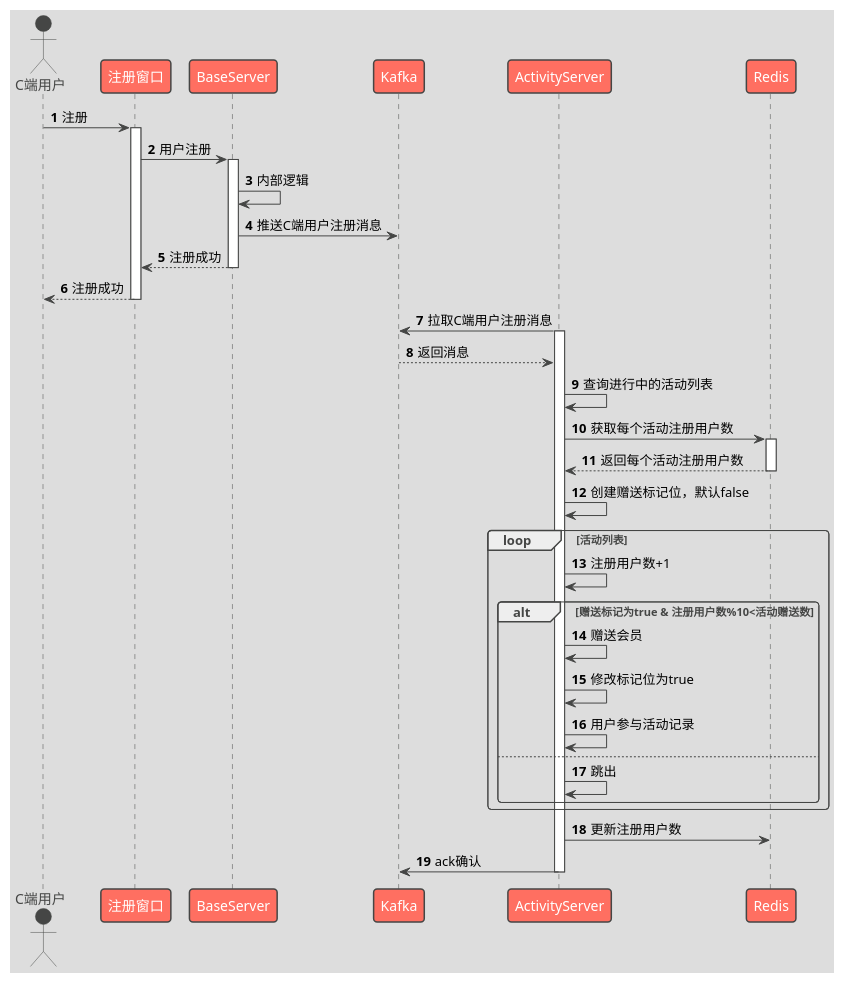
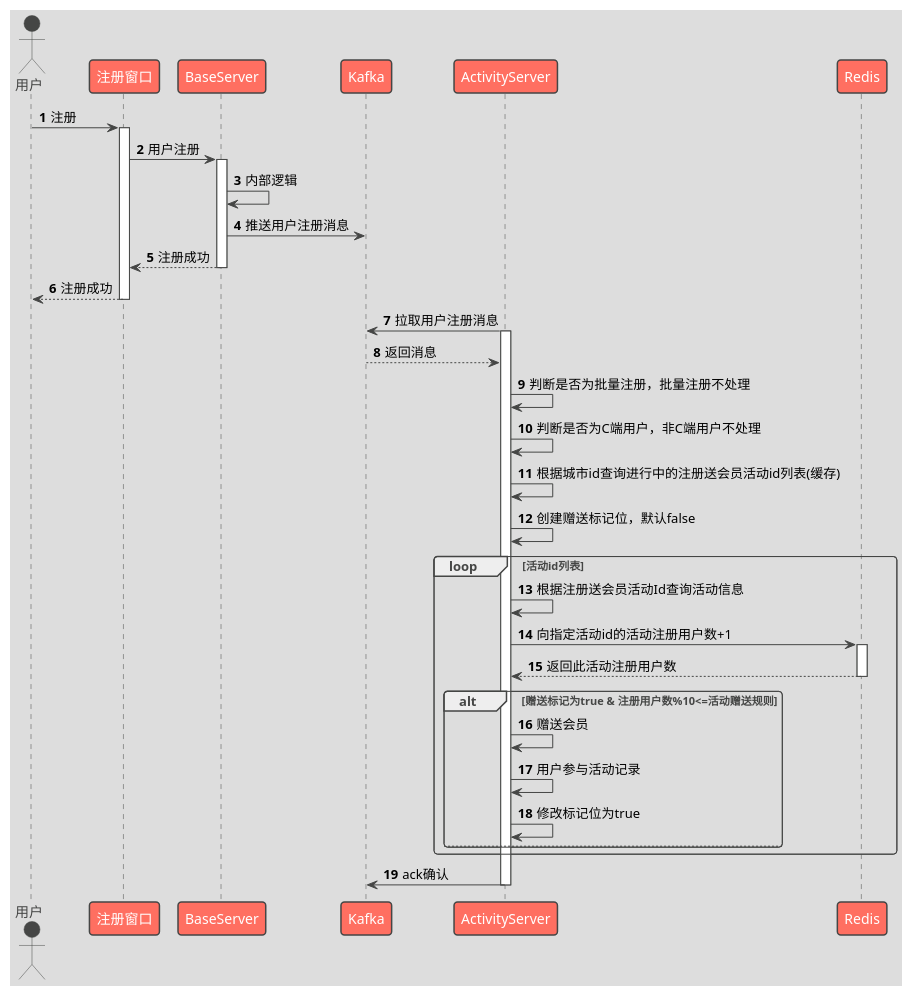
One commit to Awesome-GJK/LearningCodes changed the diagram in demo_lean/src/main/resources/sequence/RegisterToSendMembers.puml. Above: the diagram before and after it, drawn with PlantUML. The commit also changed 3 other files, not shown here.

Commit message:
图

```diff
--- a/demo_lean/src/main/resources/sequence/RegisterToSendMembers.puml
+++ b/demo_lean/src/main/resources/sequence/RegisterToSendMembers.puml
@@ -1,43 +1,41 @@
 @startuml
 !theme toy
 'https://plantuml.com/sequence-diagram
 
 autonumber
-actor C端用户
-C端用户 -> 注册窗口 : 注册
+actor 用户
+用户 -> 注册窗口 : 注册
 activate 注册窗口
 注册窗口 -> BaseServer:用户注册
 activate BaseServer
 BaseServer -> BaseServer: 内部逻辑
-BaseServer -> Kafka: 推送C端用户注册消息
+BaseServer -> Kafka: 推送用户注册消息
 BaseServer --> 注册窗口: 注册成功
 deactivate BaseServer
-注册窗口 --> C端用户: 注册成功
+注册窗口 --> 用户: 注册成功
 deactivate 注册窗口
 
-ActivityServer -> Kafka: 拉取C端用户注册消息
+ActivityServer -> Kafka: 拉取用户注册消息
 activate ActivityServer
 Kafka --> ActivityServer: 返回消息
-ActivityServer -> ActivityServer: 查询进行中的活动列表
-ActivityServer -> Redis : 获取每个活动注册用户数
+ActivityServer -> ActivityServer: 判断是否为批量注册，批量注册不处理
+ActivityServer -> ActivityServer: 判断是否为C端用户，非C端用户不处理
+ActivityServer -> ActivityServer: 根据城市id查询进行中的注册送会员活动id列表(缓存)
+ActivityServer -> ActivityServer: 创建赠送标记位，默认false
+loop 活动id列表
+ActivityServer -> ActivityServer: 根据注册送会员活动Id查询活动信息
+ActivityServer -> Redis: 向指定活动id的活动注册用户数+1
 activate Redis
-Redis --> ActivityServer: 返回每个活动注册用户数
+Redis --> ActivityServer: 返回此活动注册用户数
 deactivate Redis
-ActivityServer -> ActivityServer: 创建赠送标记位，默认false
-loop 活动列表
-ActivityServer -> ActivityServer: 注册用户数+1
-alt 赠送标记为true & 注册用户数%10<活动赠送数
+alt 赠送标记为true & 注册用户数%10<=活动赠送规则
 ActivityServer -> ActivityServer: 赠送会员
+ActivityServer -> ActivityServer: 用户参与活动记录
 ActivityServer -> ActivityServer: 修改标记位为true
-ActivityServer -> ActivityServer: 用户参与活动记录
 else
-ActivityServer -> ActivityServer: 跳出
 end
 end
-activate Redis
-ActivityServer -> Redis: 更新注册用户数
-deactivate Redis
 ActivityServer -> Kafka: ack确认
 deactivate ActivityServer
 
 @enduml
```
